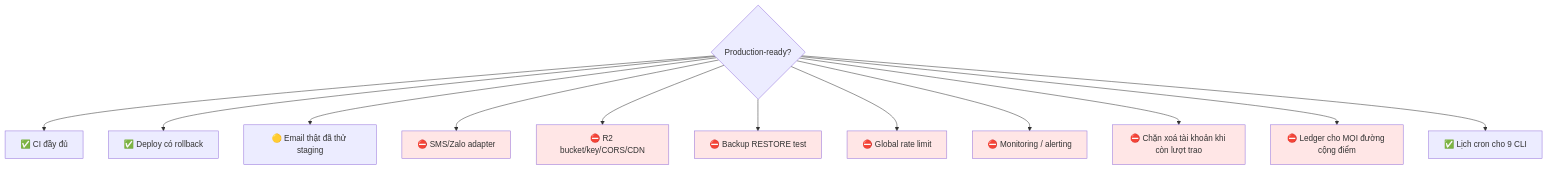
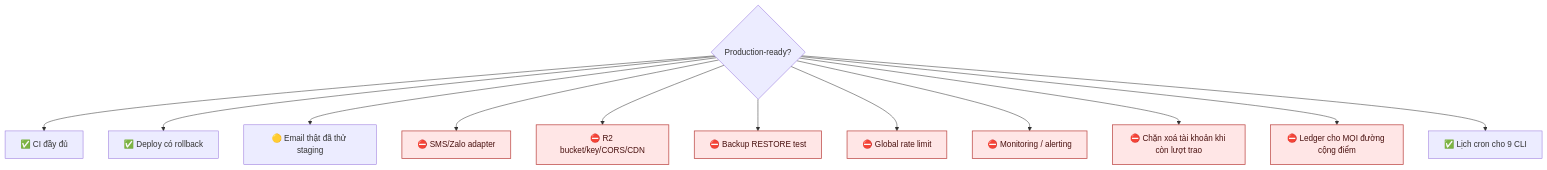
Before and after one commit to fdshn/trueheart: the fourth of 4 diagrams in docs/diagram/29-cicd.md, drawn with Mermaid. The commit also changed other lines of this file and 30 other files, not shown here.

First line of the commit message:
docs(diagram): chữ trong khối tô màu đọc được ở cả giao diện sáng và tối

````diff
--- a/docs/diagram/29-cicd.md
+++ b/docs/diagram/29-cicd.md
@@ -88,22 +88,22 @@
 ```mermaid
 flowchart TD
     A{Production-ready?} --> B["✅ CI đầy đủ"]
     A --> C["✅ Deploy có rollback"]
     A --> D["🟡 Email thật đã thử staging"]
     A --> E["⛔ SMS/Zalo adapter"]
     A --> F["⛔ R2 bucket/key/CORS/CDN"]
     A --> G["⛔ Backup RESTORE test"]
     A --> H["⛔ Global rate limit"]
     A --> I["⛔ Monitoring / alerting"]
     A --> J["⛔ Chặn xoá tài khoản khi còn lượt trao"]
     A --> K["⛔ Ledger cho MỌI đường cộng điểm"]
     A --> L["✅ Lịch cron cho 9 CLI"]
 
-    style E fill:#ffe6e6
-    style F fill:#ffe6e6
-    style G fill:#ffe6e6
-    style H fill:#ffe6e6
-    style I fill:#ffe6e6
-    style J fill:#ffe6e6
-    style K fill:#ffe6e6
+    style E fill:#ffe6e6,stroke:#c0504d,stroke-width:1.5px,color:#4a1210
+    style F fill:#ffe6e6,stroke:#c0504d,stroke-width:1.5px,color:#4a1210
+    style G fill:#ffe6e6,stroke:#c0504d,stroke-width:1.5px,color:#4a1210
+    style H fill:#ffe6e6,stroke:#c0504d,stroke-width:1.5px,color:#4a1210
+    style I fill:#ffe6e6,stroke:#c0504d,stroke-width:1.5px,color:#4a1210
+    style J fill:#ffe6e6,stroke:#c0504d,stroke-width:1.5px,color:#4a1210
+    style K fill:#ffe6e6,stroke:#c0504d,stroke-width:1.5px,color:#4a1210
 ```
````
